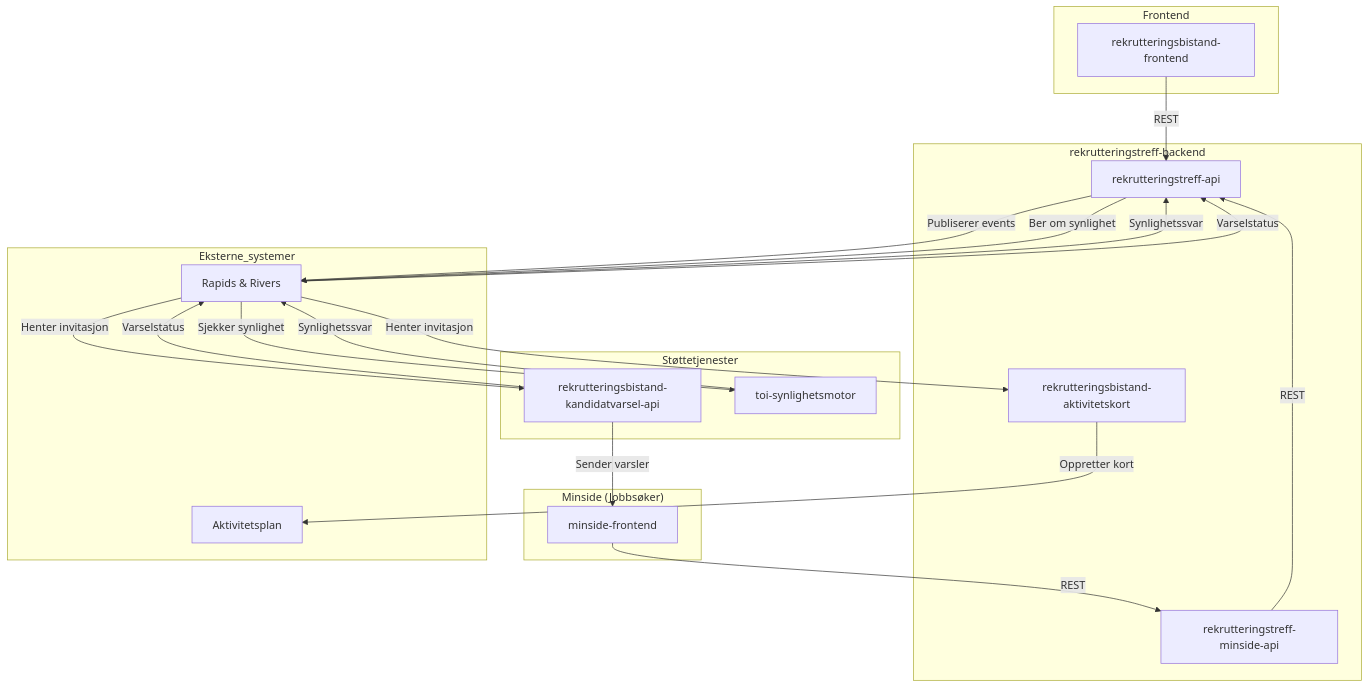
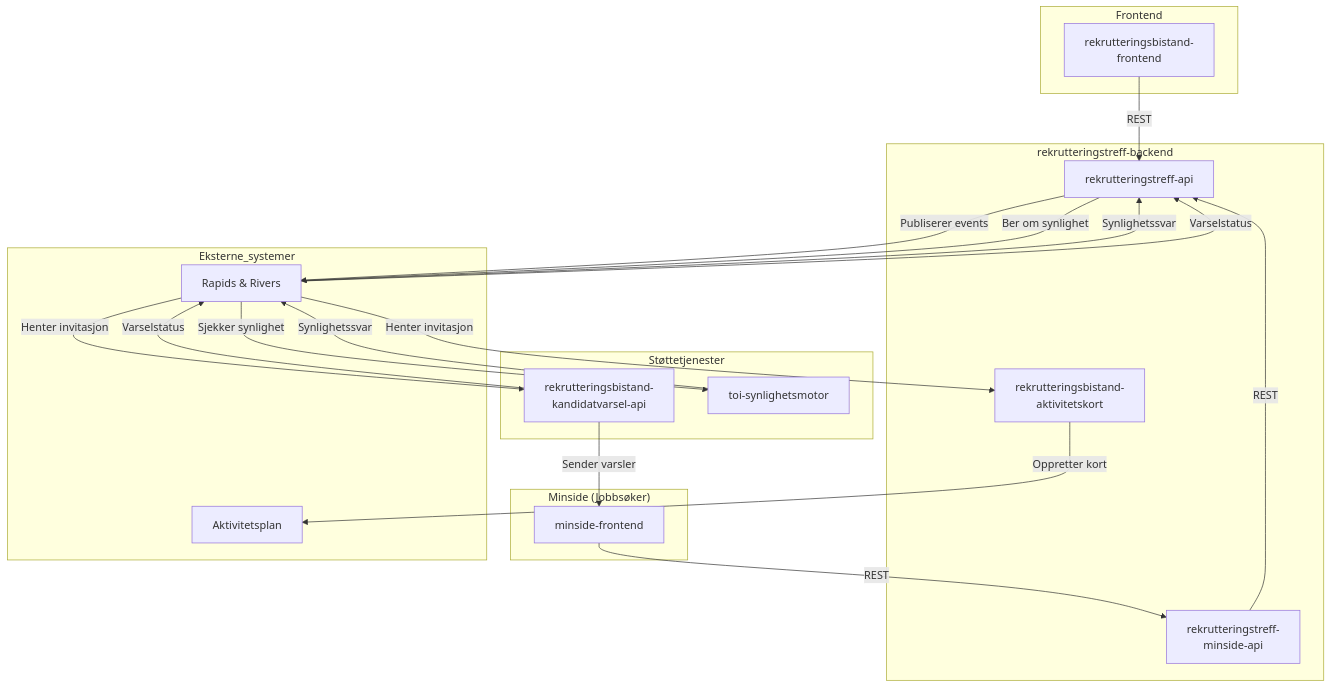
The diagram in docs/1-oversikt/oversikt.md (navikt/rekrutteringstreff-backend), drawn with Mermaid before and after one commit.

Commit message:
Forbedre oversikt mermaid

````diff
--- a/docs/1-oversikt/oversikt.md
+++ b/docs/1-oversikt/oversikt.md
@@ -17,48 +17,48 @@
 ```mermaid
 graph TD
     subgraph Frontend
-        RBF[rekrutteringsbistand-frontend]
+        RBF[rekrutteringsbistand-<br/>frontend]
     end
 
     subgraph "Minside (Jobbsøker)"
         MINSIDE_FE[minside-frontend]
     end
 
     subgraph "rekrutteringstreff-backend"
         API[rekrutteringstreff-api]
-        MINSIDE_API[rekrutteringstreff-minside-api]
-        AK[rekrutteringsbistand-aktivitetskort]
+        MINSIDE_API[rekrutteringstreff-<br/>minside-api]
+        AK[rekrutteringsbistand-<br/>aktivitetskort]
     end
 
     subgraph Støttetjenester
-        VARSEL[rekrutteringsbistand-kandidatvarsel-api]
+        VARSEL[rekrutteringsbistand-<br/>kandidatvarsel-api]
         SYN[toi-synlighetsmotor]
     end
 
     subgraph Eksterne_systemer
         RAPIDS[Rapids & Rivers]
         AKTIVITET[Aktivitetsplan]
     end
 
     %% Kommunikasjon
     RBF -->|REST| API
     MINSIDE_FE -->|REST| MINSIDE_API
     MINSIDE_API -->|REST| API
 
     %% Kafka-flyt
     API -->|Publiserer events| RAPIDS
     API -->|Ber om synlighet| RAPIDS
 
     RAPIDS -->|Henter invitasjon| AK
     RAPIDS -->|Henter invitasjon| VARSEL
     RAPIDS -->|Sjekker synlighet| SYN
 
     SYN -->|Synlighetssvar| RAPIDS
     RAPIDS -->|Synlighetssvar| API
 
     VARSEL -->|Sender varsler| MINSIDE_FE
     VARSEL -->|Varselstatus| RAPIDS
     RAPIDS -->|Varselstatus| API
 
     AK -->|Oppretter kort| AKTIVITET
 ```
````
